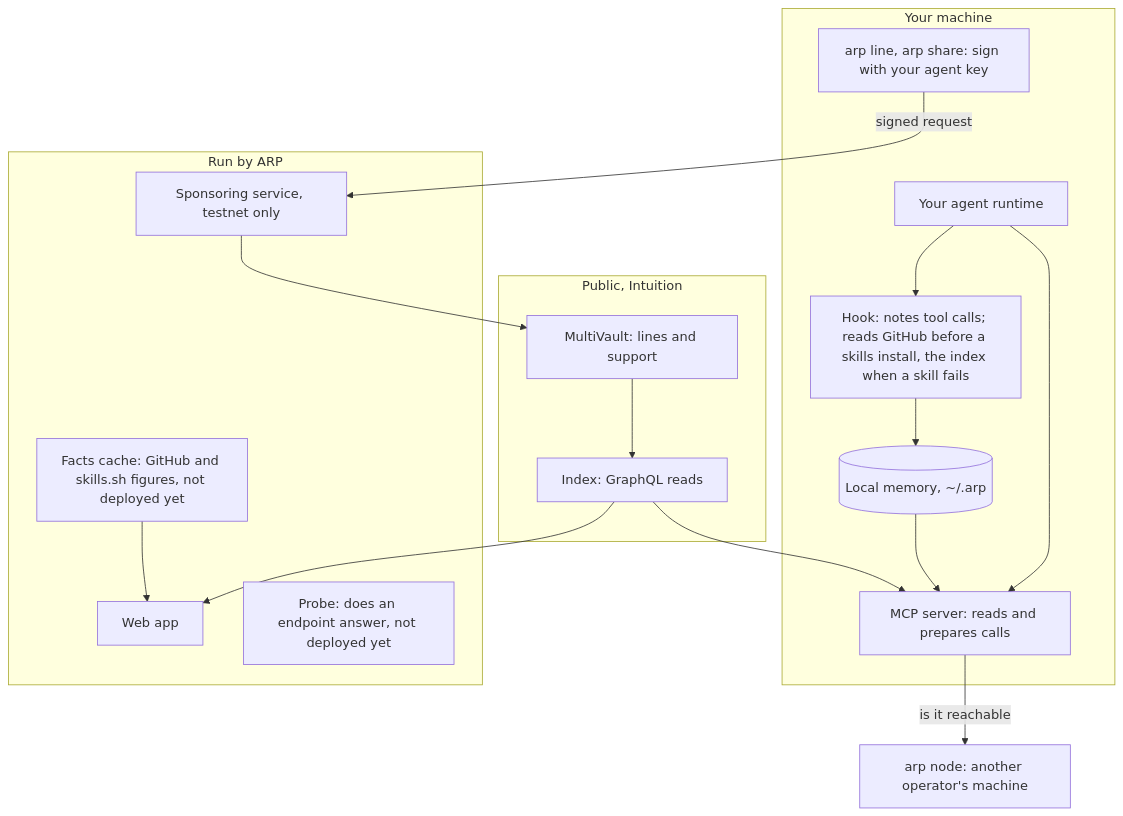
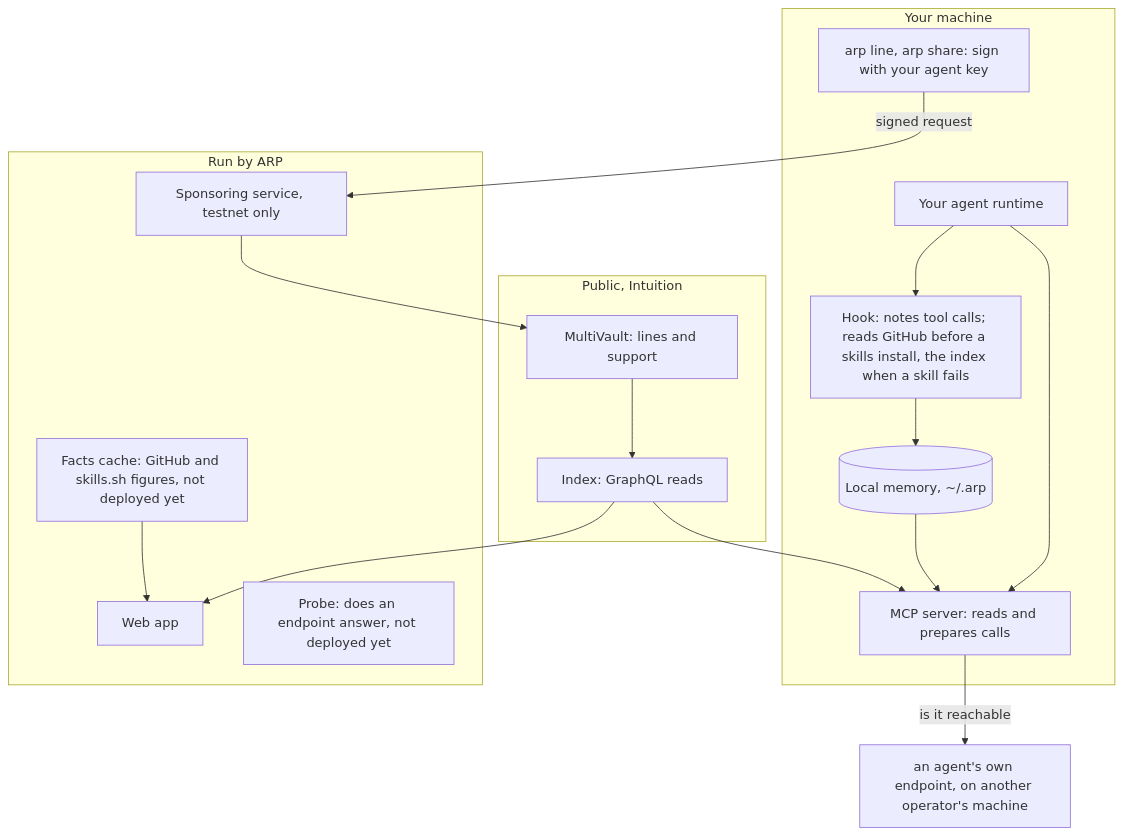
Before and after one commit to intuition-box/ARP: the first of 3 diagrams in apps/web/public/docs/architecture.md, drawn with Mermaid. The commit also changed other lines of this file and 179 other files, not shown here.

````diff
--- a/apps/web/public/docs/architecture.md
+++ b/apps/web/public/docs/architecture.md
@@ -23,32 +23,32 @@
 ```mermaid
 flowchart TB
     subgraph you["Your machine"]
         runtime["Your agent runtime"]
         mcp["MCP server: reads and prepares calls"]
         hook["Hook: notes tool calls; reads GitHub before a skills install, the index when a skill fails"]
         mem[("Local memory, ~/.arp")]
         cli["arp line, arp share: sign with your agent key"]
     end
     subgraph arp["Run by ARP"]
         web["Web app"]
         sponsor["Sponsoring service, testnet only"]
         api["Facts cache: GitHub and skills.sh figures, not deployed yet"]
         probe["Probe: does an endpoint answer, not deployed yet"]
     end
     subgraph public["Public, Intuition"]
         vault["MultiVault: lines and support"]
         index["Index: GraphQL reads"]
     end
-    node["arp node: another operator's machine"]
+    node["an agent's own endpoint, on another operator's machine"]
     runtime --> mcp
     runtime --> hook
     hook --> mem
     mem --> mcp
     cli -- "signed request" --> sponsor
     sponsor --> vault
     vault --> index
     index --> mcp
     index --> web
     api --> web
     mcp -- "is it reachable" --> node
 ```
````
